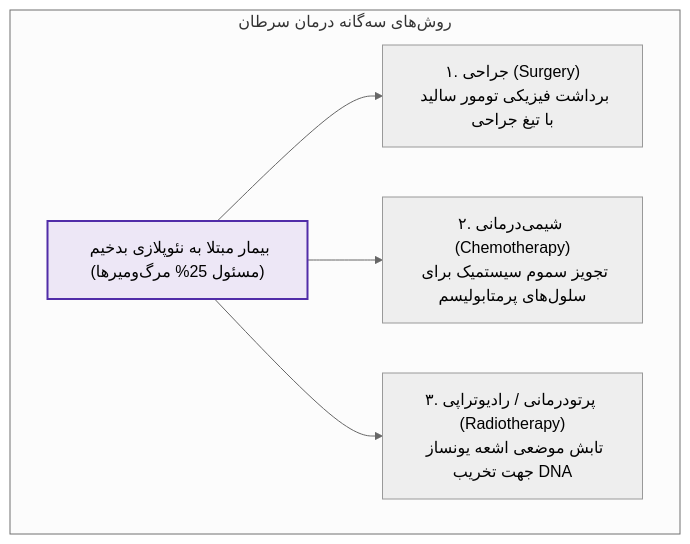
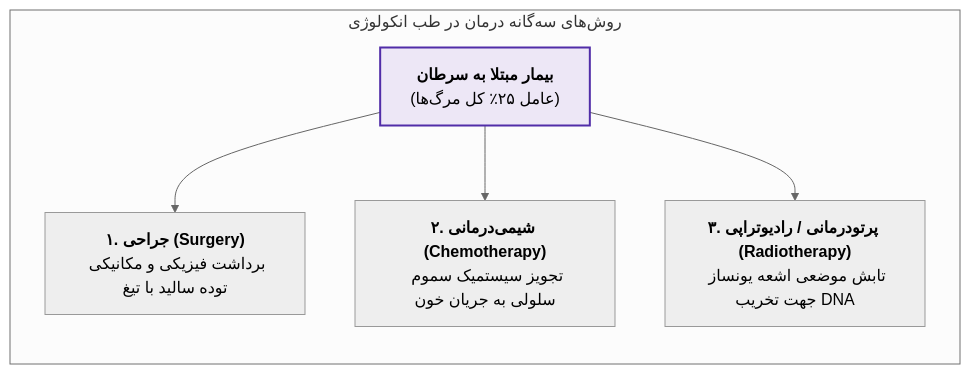
The eighth of 13 diagrams in 05/فیزیک پزشکی/پایان‌ترم/رادیوتراپی.md (neopulse-hub/-TUMS-1402-2-material-notes-), drawn with Mermaid (neutral theme) before and after one commit. The commit also changed other lines of this file, not shown here.

````diff
--- a/05/فیزیک پزشکی/پایان‌ترم/رادیوتراپی.md
+++ b/05/فیزیک پزشکی/پایان‌ترم/رادیوتراپی.md
@@ -7,10 +256,16 @@
 ```mermaid
-flowchart TD
-    subgraph "روش‌های سه‌گانه درمان سرطان"
-        C["بیمار مبتلا به نئوپلازی بدخیم (مسئول 25% مرگ‌ومیرها)"] --> S["۱. جراحی (Surgery)<br>برداشت فیزیکی تومور سالید با تیغ جراحی"]
-        C --> CH["۲. شیمی‌درمانی (Chemotherapy)<br>تجویز سموم سیستمیک برای سلول‌های پرمتابولیسم"]
-        C --> RT["۳. پرتودرمانی / رادیوتراپی (Radiotherapy)<br>تابش موضعی اشعه یونساز جهت تخریب DNA"]
-    end
-    classDef main fill:#ede7f6,stroke:#512da8,stroke-width:2px;
-    class C main;
+flowchart RL
+
+subgraph "روش‌های سه‌گانه درمان در طب انکولوژی"
+
+C["<b>بیمار مبتلا به سرطان</b><br>(عامل ۲۵٪ کل مرگ‌ها)"] --> S["<b>۱. جراحی (Surgery)</b><br>برداشت فیزیکی و مکانیکی توده سالید با تیغ"]
+
+C --> CH["<b>۲. شیمی‌درمانی (Chemotherapy)</b><br>تجویز سیستمیک سموم سلولی به جریان خون"]
+
+C --> RT["<b>۳. پرتودرمانی / رادیوتراپی (Radiotherapy)</b><br>تابش موضعی اشعه یونساز جهت تخریب DNA"]
+
+end
+
+classDef can fill:#ede7f6,stroke:#512da8,stroke-width:2px;
+class C can;
 ```
````
